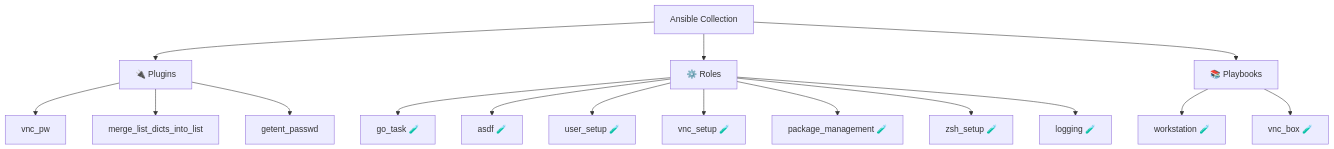
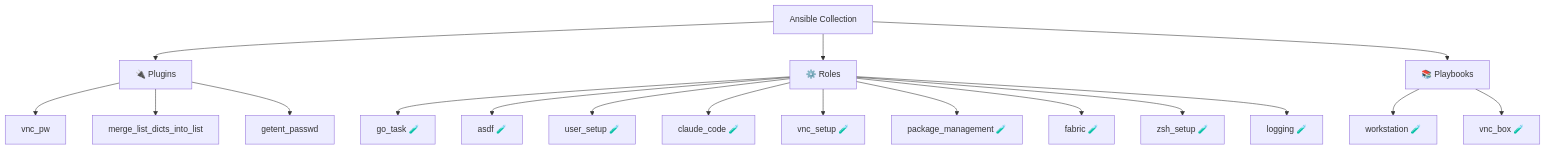
Before and after one commit to CowDogMoo/ansible-collection-workstation: the diagram in README.md, drawn with Mermaid. The commit also changed other lines of this file and 43 other files, not shown here.

First line of the commit message:
feat: add Fabric and Claude Code roles with docs, configuration, and testing (#676)

````diff
--- a/README.md
+++ b/README.md
@@ -15,19 +15,21 @@
 ```mermaid
 graph TD
     Collection[Ansible Collection]
     Collection --> Plugins[🔌 Plugins]
     Plugins --> P0[vnc_pw]
     Plugins --> P1[merge_list_dicts_into_list]
     Plugins --> P2[getent_passwd]
     Collection --> Roles[⚙️ Roles]
     Roles --> R0[go_task 🧪]
     Roles --> R1[asdf 🧪]
     Roles --> R2[user_setup 🧪]
-    Roles --> R3[vnc_setup 🧪]
-    Roles --> R4[package_management 🧪]
-    Roles --> R5[zsh_setup 🧪]
-    Roles --> R6[logging 🧪]
+    Roles --> R3[claude_code 🧪]
+    Roles --> R4[vnc_setup 🧪]
+    Roles --> R5[package_management 🧪]
+    Roles --> R6[fabric 🧪]
+    Roles --> R7[zsh_setup 🧪]
+    Roles --> R8[logging 🧪]
     Collection --> Playbooks[📚 Playbooks]
     Playbooks --> PB0[workstation 🧪]
     Playbooks --> PB1[vnc_box 🧪]
 ```
````
